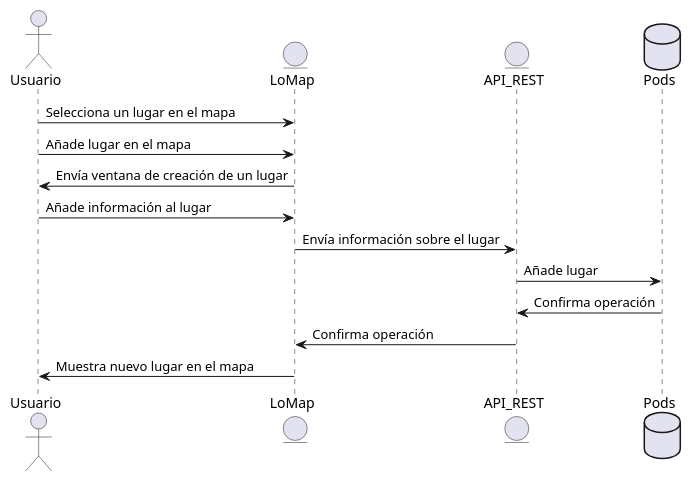
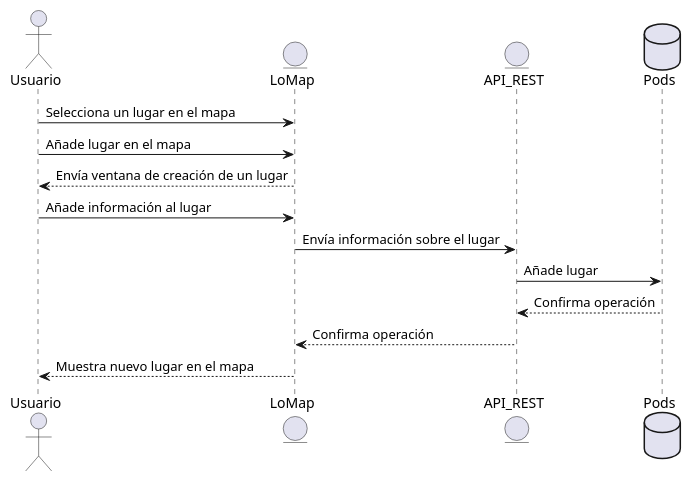
Before and after one commit to Arquisoft/lomap_es3c: the third of 9 diagrams in docs/06_runtime_view.adoc, drawn with PlantUML. The commit also changed other lines of this file, not shown here.

```diff
--- a/docs/06_runtime_view.adoc
+++ b/docs/06_runtime_view.adoc
@@ -80,16 +80,16 @@
 [plantuml,"Sequence diagram3",png]
 ----
 actor Usuario
 entity LoMap
 Usuario -> LoMap: Selecciona un lugar en el mapa
 Usuario -> LoMap: Añade lugar en el mapa
 entity API_REST
 database Pod as "Pods"
-LoMap-> Usuario: Envía ventana de creación de un lugar
+LoMap--> Usuario: Envía ventana de creación de un lugar
 Usuario-> LoMap: Añade información al lugar
 LoMap-> API_REST: Envía información sobre el lugar
 API_REST-> Pod: Añade lugar
-Pod -> API_REST: Confirma operación
-API_REST-> LoMap: Confirma operación
-LoMap-> Usuario: Muestra nuevo lugar en el mapa
+Pod--> API_REST: Confirma operación
+API_REST--> LoMap: Confirma operación
+LoMap--> Usuario: Muestra nuevo lugar en el mapa
 ----
```
